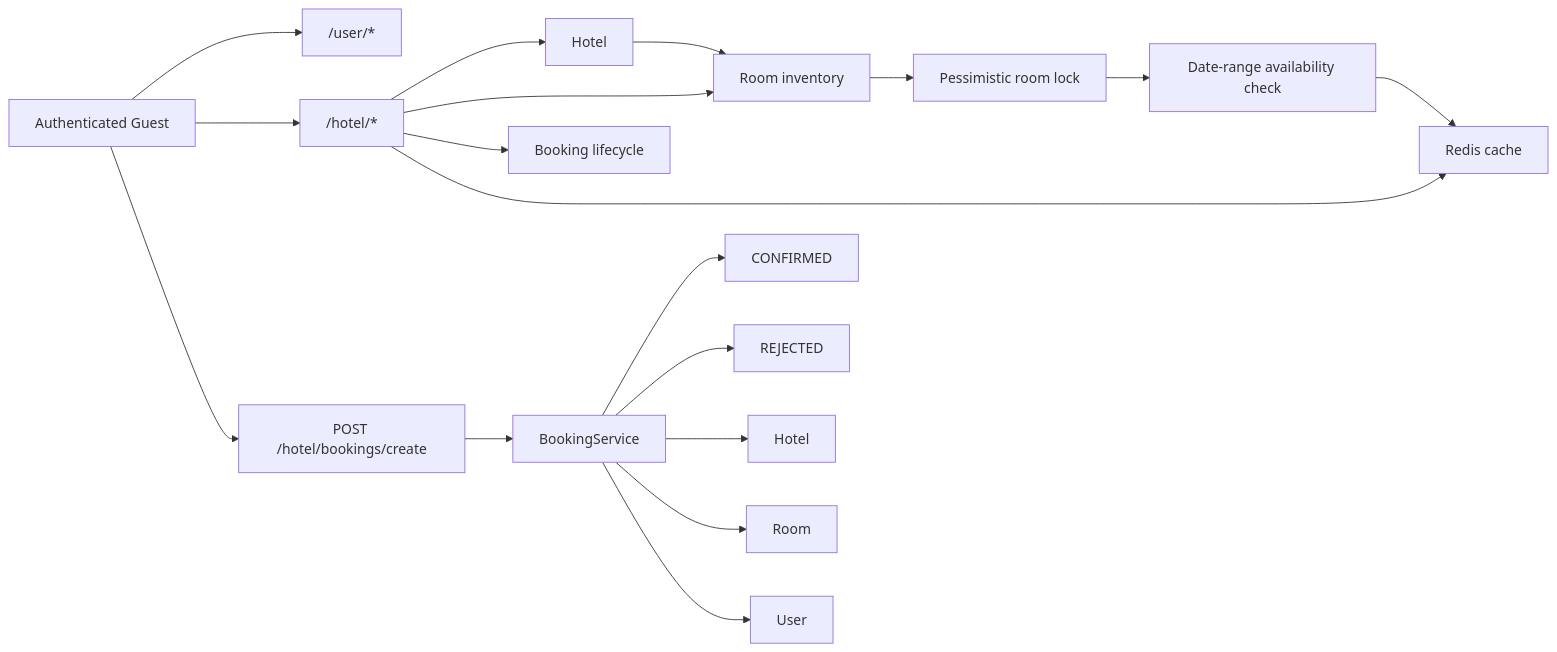
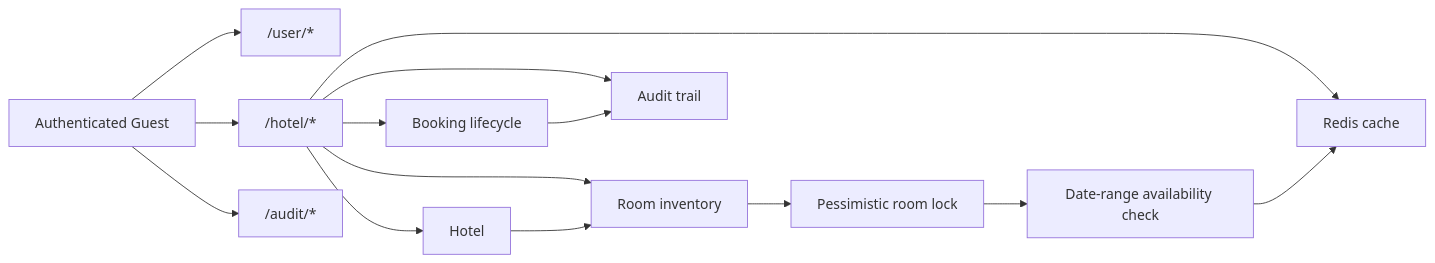
Before and after one commit to byte2code/hotel-management-api: the third of 3 diagrams in README.md, drawn with Mermaid. The commit also changed other lines of this file and 11 other files, not shown here.

Commit message:
Add audit logging for booking and security actions

````diff
--- a/README.md
+++ b/README.md
@@ -191,22 +228,18 @@
 ```mermaid
 flowchart LR
     Guest[Authenticated Guest] --> UserAPI["/user/*"]
     Guest --> HotelAPI["/hotel/*"]
+    Guest --> AuditAPI["/audit/*"]
 
     HotelAPI --> Hotels["Hotel"]
     HotelAPI --> Rooms["Room inventory"]
     HotelAPI --> Bookings["Booking lifecycle"]
     HotelAPI --> Cache["Redis cache"]
+    HotelAPI --> Audit["Audit trail"]
 
     Hotels --> Rooms
     Rooms --> LockedRoom["Pessimistic room lock"]
     LockedRoom --> Availability["Date-range availability check"]
     Availability --> Cache
-    Guest --> BookingRequest["POST /hotel/bookings/create"]
-    BookingRequest --> BookingService["BookingService"]
-    BookingService --> Confirmed["CONFIRMED"]
-    BookingService --> Rejected["REJECTED"]
-    BookingService --> HotelEntity["Hotel"]
-    BookingService --> RoomEntity["Room"]
-    BookingService --> UserEntity["User"]
+    Bookings --> Audit
 ```
````
